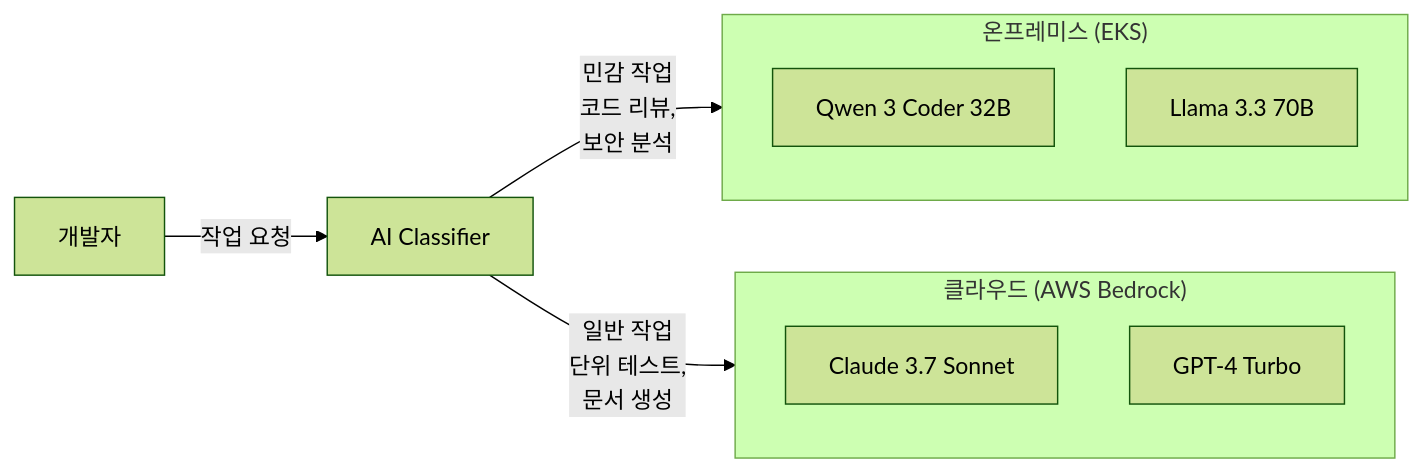
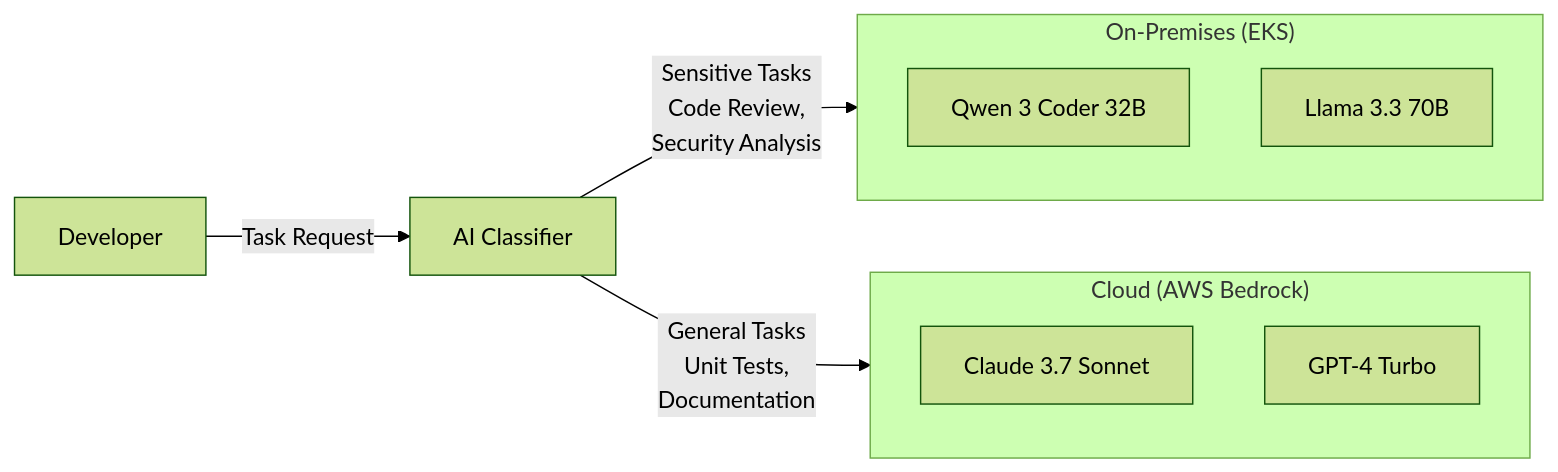
The second of 2 diagrams in docs/aidlc/enterprise/governance-framework.md (devfloor9/engineering-playbook), drawn with Mermaid (forest theme) before and after one commit. The commit also changed other lines of this file and 954 other files, not shown here.

````diff
--- a/docs/aidlc/enterprise/governance-framework.md
+++ b/docs/aidlc/enterprise/governance-framework.md
@@ -354,19 +354,19 @@
 ```mermaid
 graph LR
-    DEV[개발자]
+    DEV[Developer]
     CLS[AI Classifier]
 
-    subgraph CLOUD["클라우드 (AWS Bedrock)"]
+    subgraph CLOUD["Cloud (AWS Bedrock)"]
         CLAUDE[Claude 3.7 Sonnet]
         GPT[GPT-4 Turbo]
     end
 
-    subgraph ONPREM["온프레미스 (EKS)"]
+    subgraph ONPREM["On-Premises (EKS)"]
         QWEN[Qwen 3 Coder 32B]
         LLAMA[Llama 3.3 70B]
     end
 
-    DEV -->|작업 요청| CLS
-    CLS -->|민감 작업<br/>코드 리뷰,<br/>보안 분석| ONPREM
-    CLS -->|일반 작업<br/>단위 테스트,<br/>문서 생성| CLOUD
+    DEV -->|Task Request| CLS
+    CLS -->|Sensitive Tasks<br/>Code Review,<br/>Security Analysis| ONPREM
+    CLS -->|General Tasks<br/>Unit Tests,<br/>Documentation| CLOUD
 ```
````
